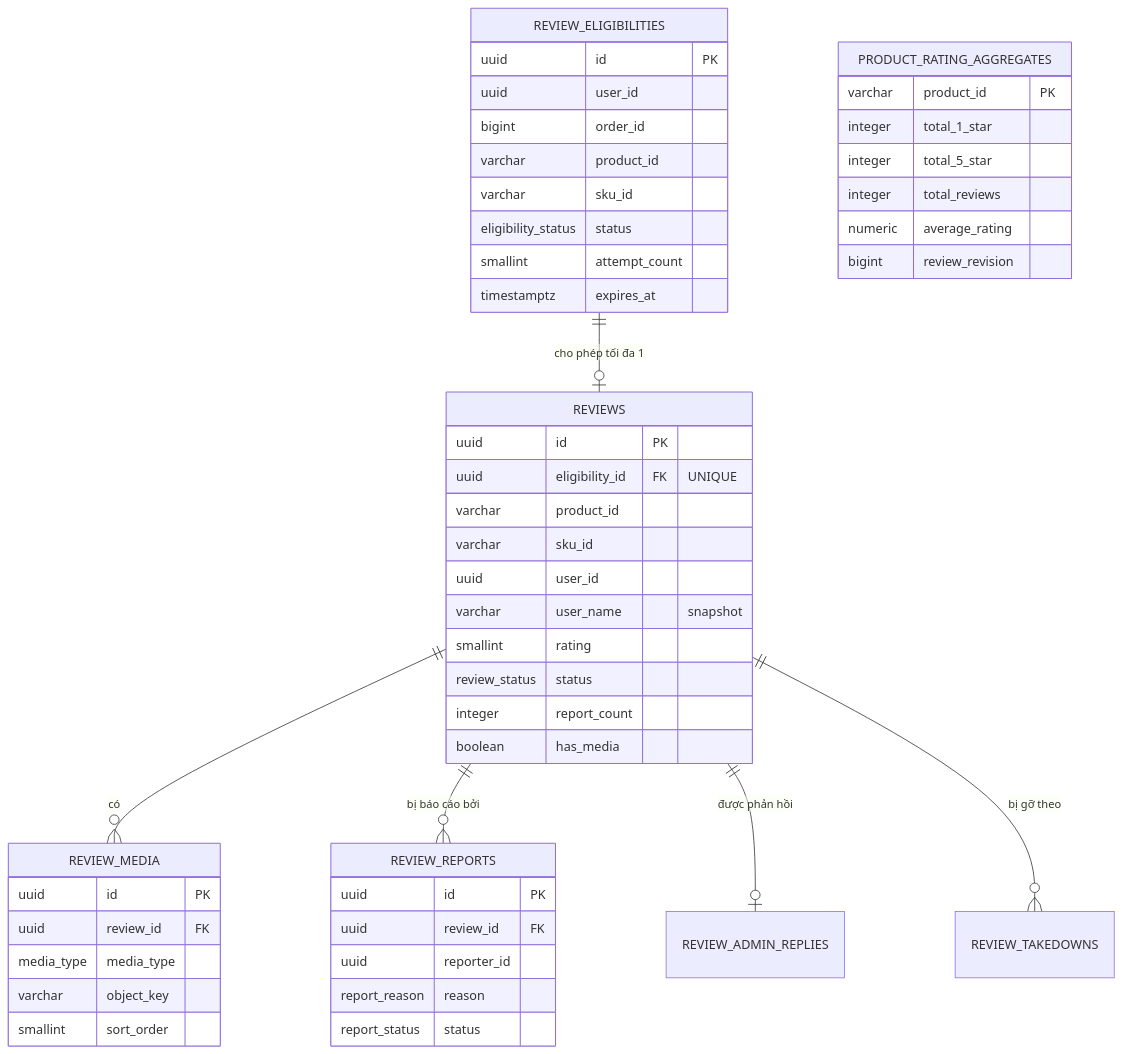
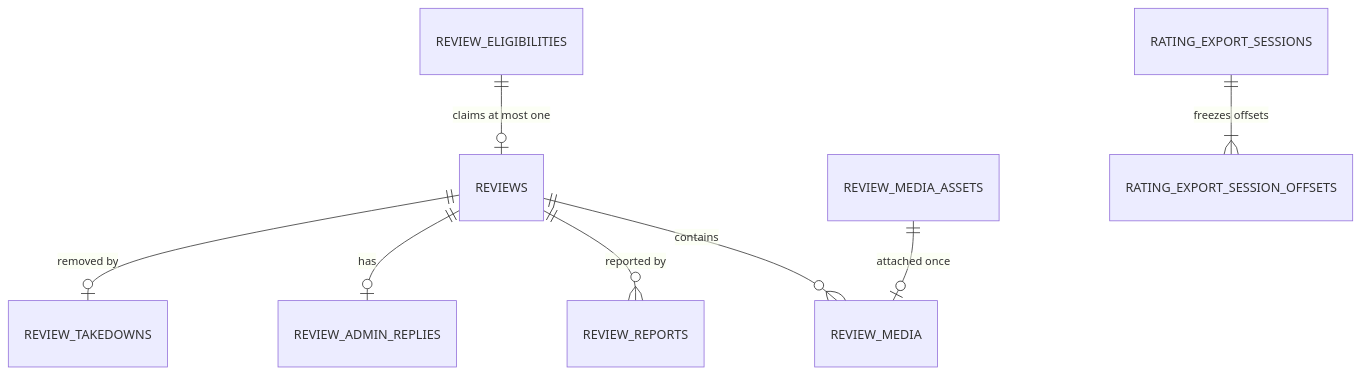
One commit to quangdung2110/e-commerce-microservices changed the diagram in docs/review/data.md. Above: the diagram before and after it, drawn with Mermaid. The commit also changed other lines of this file and 18 other files, not shown here.

````diff
--- a/docs/review/data.md
+++ b/docs/review/data.md
@@ -51,53 +37,10 @@
 ```mermaid
 erDiagram
-    REVIEW_ELIGIBILITIES ||--o| REVIEWS : "cho phép tối đa 1"
-    REVIEWS ||--o{ REVIEW_MEDIA : "có"
-    REVIEWS ||--o{ REVIEW_REPORTS : "bị báo cáo bởi"
-    REVIEWS ||--o| REVIEW_ADMIN_REPLIES : "được phản hồi"
-    REVIEWS ||--o{ REVIEW_TAKEDOWNS : "bị gỡ theo"
-
-    REVIEW_ELIGIBILITIES {
-        uuid id PK
-        uuid user_id
-        bigint order_id
-        varchar product_id
-        varchar sku_id
-        eligibility_status status
-        smallint attempt_count
-        timestamptz expires_at
-    }
-    REVIEWS {
-        uuid id PK
-        uuid eligibility_id FK "UNIQUE"
-        varchar product_id
-        varchar sku_id
-        uuid user_id
-        varchar user_name "snapshot"
-        smallint rating
-        review_status status
-        integer report_count
-        boolean has_media
-    }
-    REVIEW_MEDIA {
-        uuid id PK
-        uuid review_id FK
-        media_type media_type
-        varchar object_key
-        smallint sort_order
-    }
-    REVIEW_REPORTS {
-        uuid id PK
-        uuid review_id FK
-        uuid reporter_id
-        report_reason reason
-        report_status status
-    }
-    PRODUCT_RATING_AGGREGATES {
-        varchar product_id PK
-        integer total_1_star
-        integer total_5_star
-        integer total_reviews
-        numeric average_rating
-        bigint review_revision
-    }
+    REVIEW_ELIGIBILITIES ||--o| REVIEWS : "claims at most one"
+    REVIEWS ||--o{ REVIEW_MEDIA : "contains"
+    REVIEW_MEDIA_ASSETS ||--o| REVIEW_MEDIA : "attached once"
+    REVIEWS ||--o{ REVIEW_REPORTS : "reported by"
+    REVIEWS ||--o| REVIEW_ADMIN_REPLIES : "has"
+    REVIEWS ||--o| REVIEW_TAKEDOWNS : "removed by"
+    RATING_EXPORT_SESSIONS ||--|{ RATING_EXPORT_SESSION_OFFSETS : "freezes offsets"
 ```
````
